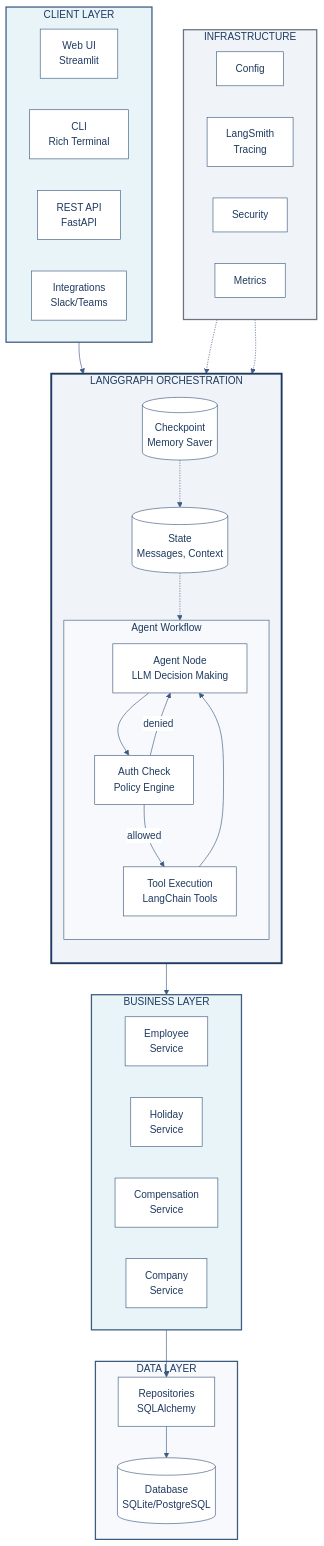
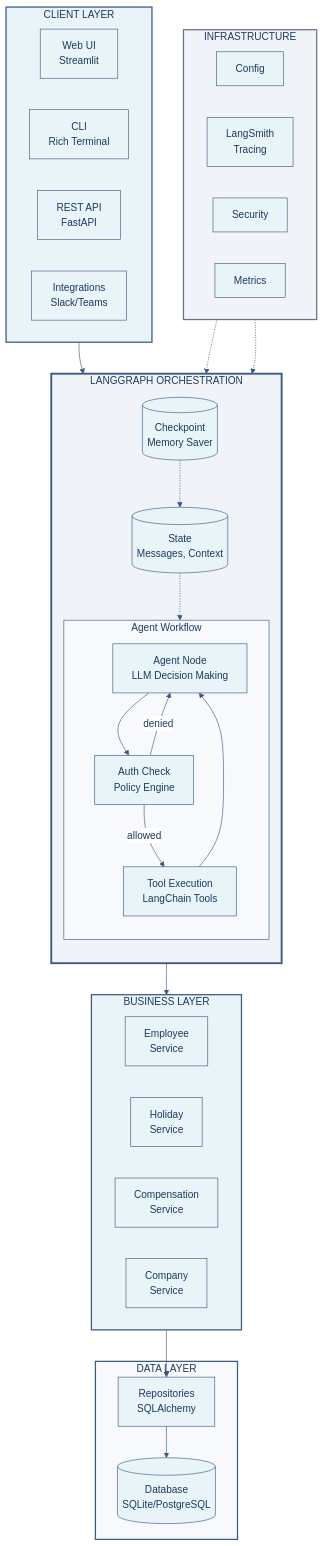
One commit to ruthvik-jeev/hr-agent changed the first of 5 diagrams in ARCHITECTURE.md. Above: the diagram before and after it, drawn with Mermaid. The commit also changed other lines of this file and 2 other files, not shown here.

First line of the commit message:
fix: use light backgrounds for all diagram nodes and improve contrast

```diff
--- a/ARCHITECTURE.md
+++ b/ARCHITECTURE.md
@@ -10,14 +10,14 @@
 %%{init: {
   'theme': 'base',
   'themeVariables': {
-    'primaryColor': '#1e3a5f',
+    'primaryColor': '#e8f4f8',
     'primaryTextColor': '#1e3a5f',
-    'primaryBorderColor': '#1e3a5f',
+    'primaryBorderColor': '#3d5a80',
     'lineColor': '#3d5a80',
-    'secondaryColor': '#e8f4f8',
-    'tertiaryColor': '#f0f4f8',
+    'secondaryColor': '#f0f4f8',
+    'tertiaryColor': '#f7f9fc',
     'background': '#ffffff',
-    'mainBkg': '#ffffff',
+    'mainBkg': '#e8f4f8',
     'nodeBorder': '#3d5a80',
     'nodeTextColor': '#1e3a5f',
     'clusterBkg': '#f7f9fc',
@@ -85,7 +85,7 @@
     TRACE -.-> AGENT
 
     style CLIENTS fill:#e8f4f8,stroke:#3d5a80,stroke-width:2px,color:#1e3a5f
-    style CORE fill:#f0f4f8,stroke:#1e3a5f,stroke-width:3px,color:#1e3a5f
+    style CORE fill:#f0f4f8,stroke:#3d5a80,stroke-width:3px,color:#1e3a5f
     style SERVICES fill:#e8f4f8,stroke:#3d5a80,stroke-width:2px,color:#1e3a5f
     style DATA fill:#f7f9fc,stroke:#3d5a80,stroke-width:2px,color:#1e3a5f
     style INFRA fill:#f0f4f8,stroke:#6b7280,stroke-width:2px,color:#1e3a5f
```
